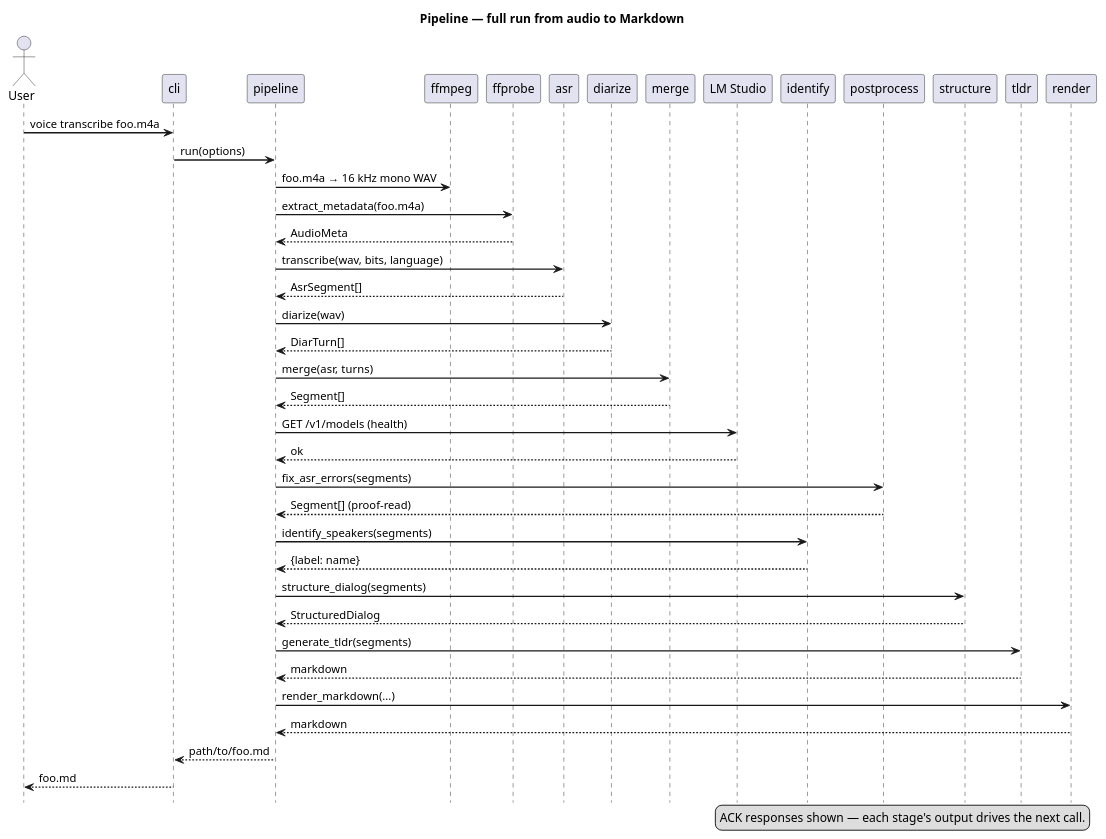
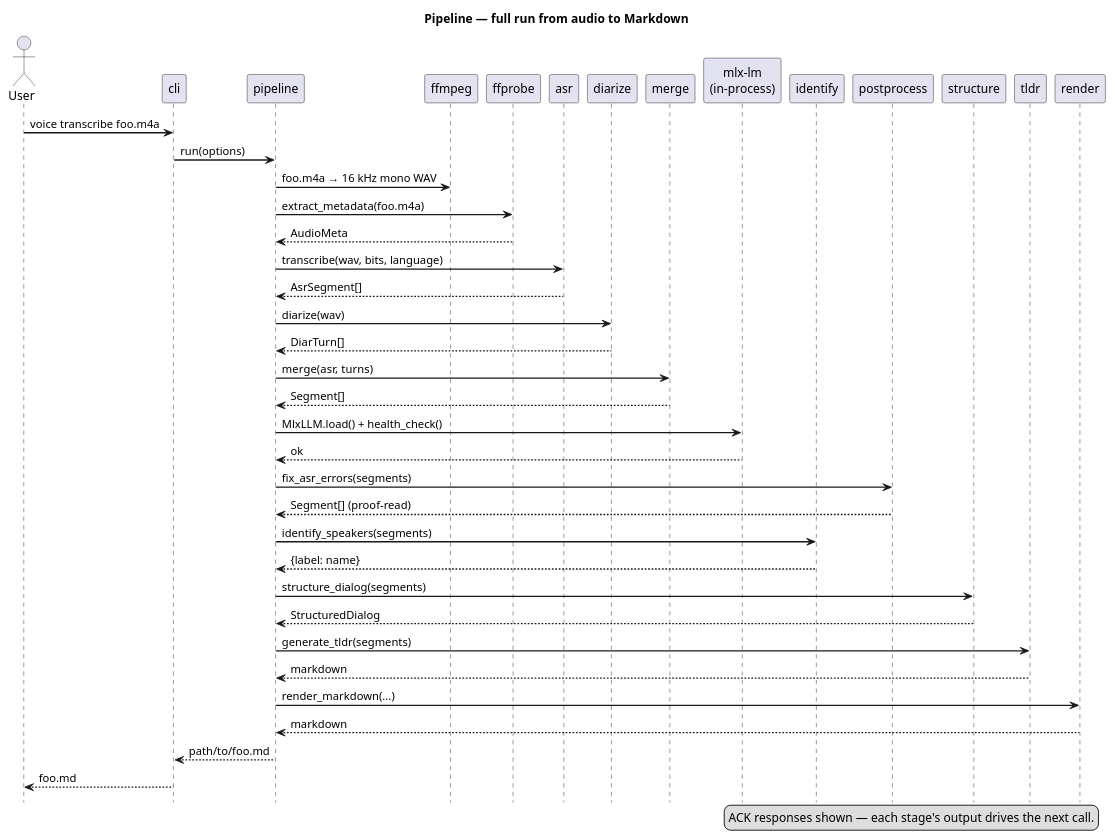
The diagram in docs/pipeline.md (artem-from-ua/voice-transcriber), drawn with PlantUML before and after one commit. The commit also changed other lines of this file and 3 other files, not shown here.

First line of the commit message:
Remove stale LM Studio references from cli/models/pipeline/README docs (#41)

````diff
--- a/docs/pipeline.md
+++ b/docs/pipeline.md
@@ -7,53 +7,53 @@
 ```plantuml
 @startuml
 title Pipeline — full run from audio to Markdown
 hide footbox
 skinparam sequenceArrowThickness 1.5
 skinparam LifeLineBorderColor #C0C0C0
 
 actor User
 participant cli
 participant pipeline
 participant ffmpeg as "ffmpeg"
 participant ffprobe
 participant asr
 participant diarize
 participant merge
-participant llm as "LM Studio"
+participant llm as "mlx-lm\n(in-process)"
 participant identify
 participant postprocess
 participant structure
 participant tldr
 participant render
 
 User -> cli : voice transcribe foo.m4a
 cli -> pipeline : run(options)
 pipeline -> ffmpeg : foo.m4a → 16 kHz mono WAV
 pipeline -> ffprobe : extract_metadata(foo.m4a)
 ffprobe --> pipeline : AudioMeta
 pipeline -> asr : transcribe(wav, bits, language)
 asr --> pipeline : AsrSegment[]
 pipeline -> diarize : diarize(wav)
 diarize --> pipeline : DiarTurn[]
 pipeline -> merge : merge(asr, turns)
 merge --> pipeline : Segment[]
-pipeline -> llm : GET /v1/models (health)
+pipeline -> llm : MlxLLM.load() + health_check()
 llm --> pipeline : ok
 pipeline -> postprocess : fix_asr_errors(segments)
 postprocess --> pipeline : Segment[] (proof-read)
 pipeline -> identify : identify_speakers(segments)
 identify --> pipeline : {label: name}
 pipeline -> structure : structure_dialog(segments)
 structure --> pipeline : StructuredDialog
 pipeline -> tldr : generate_tldr(segments)
 tldr --> pipeline : markdown
 pipeline -> render : render_markdown(...)
 render --> pipeline : markdown
 pipeline --> cli : path/to/foo.md
 cli --> User : foo.md
 
 legend right
   ACK responses shown — each stage's output drives the next call.
 end legend
 @enduml
 ```
````
